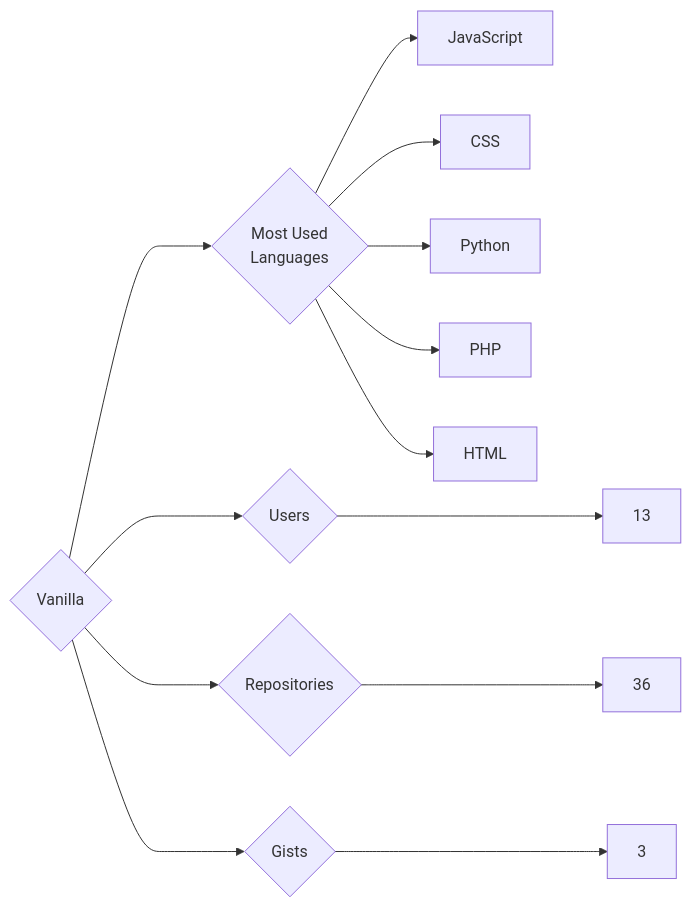
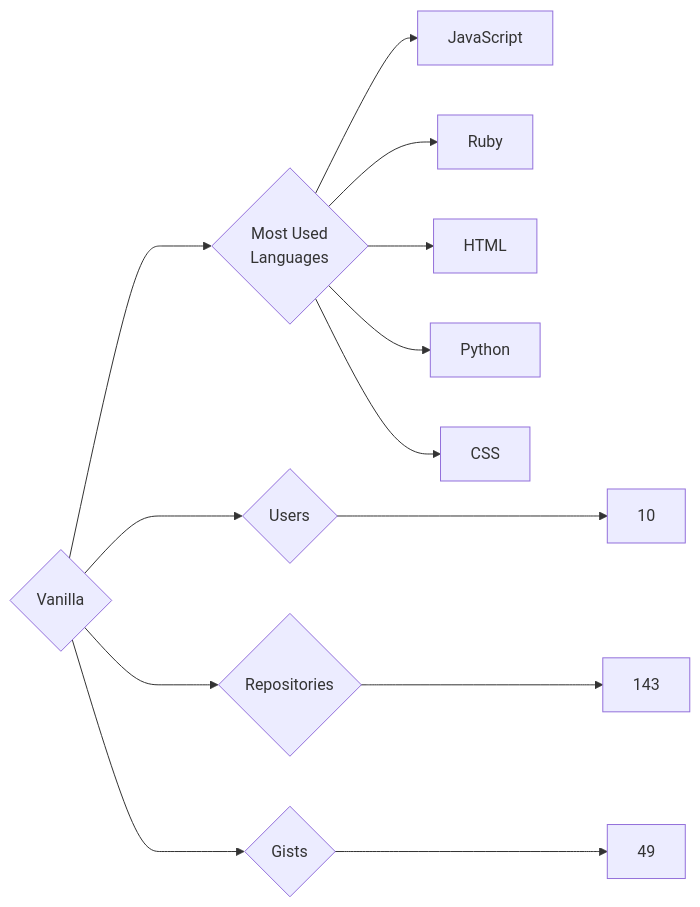
The diagram in targets/Vanilla/README.md (trickest/insiders), drawn with Mermaid before and after one commit. The commit also changed 1508 other files, not shown here.

````diff
--- a/targets/Vanilla/README.md
+++ b/targets/Vanilla/README.md
@@ -3,13 +3,13 @@
 ```mermaid
 graph LR
 COMPANY_NAME{Vanilla}
-COMPANY_NAME ---> U{Users} ---> UN[13]
-COMPANY_NAME ---> R{Repositories} ---> RN[36]
-COMPANY_NAME ---> G{Gists} ---> GN[3]
+COMPANY_NAME ---> U{Users} ---> UN[10]
+COMPANY_NAME ---> R{Repositories} ---> RN[143]
+COMPANY_NAME ---> G{Gists} ---> GN[49]
 COMPANY_NAME ---> ML{Most Used<br>Languages}
 ML --> JavaScript[JavaScript]
+ML --> Ruby[Ruby]
+ML --> HTML[HTML]
+ML --> Python[Python]
 ML --> CSS[CSS]
-ML --> Python[Python]
-ML --> PHP[PHP]
-ML --> HTML[HTML]
 ```
````
